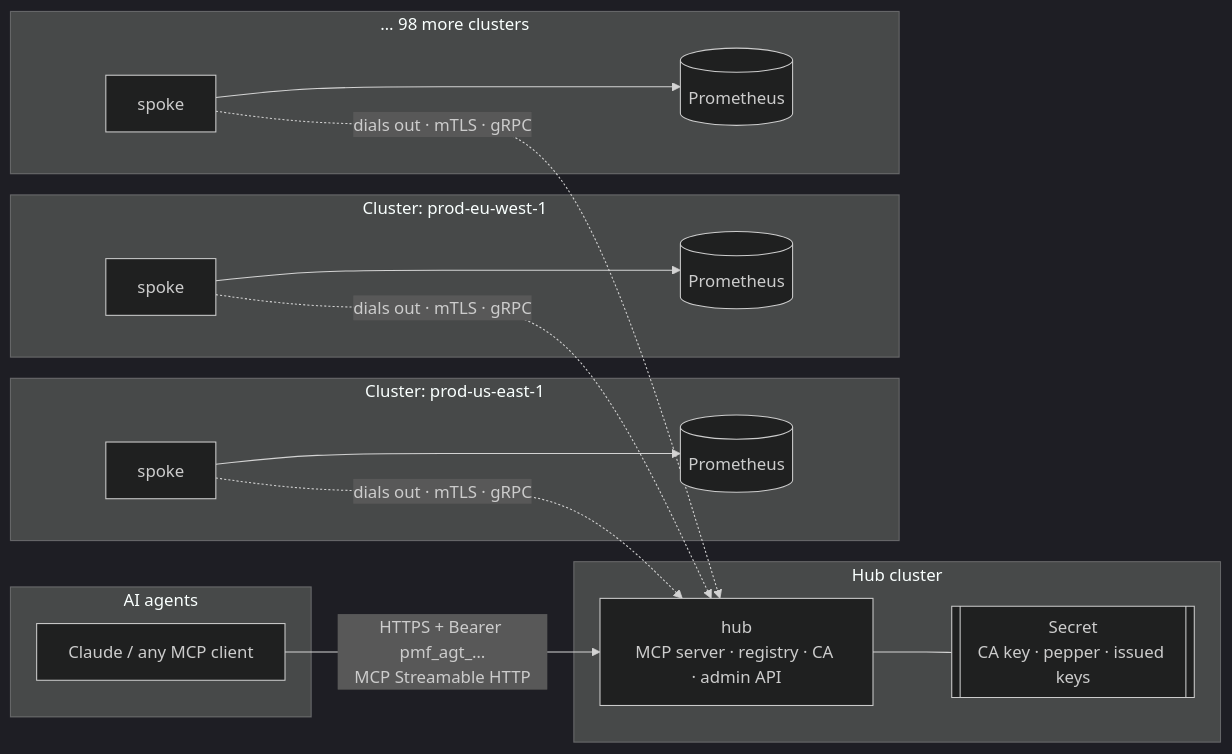
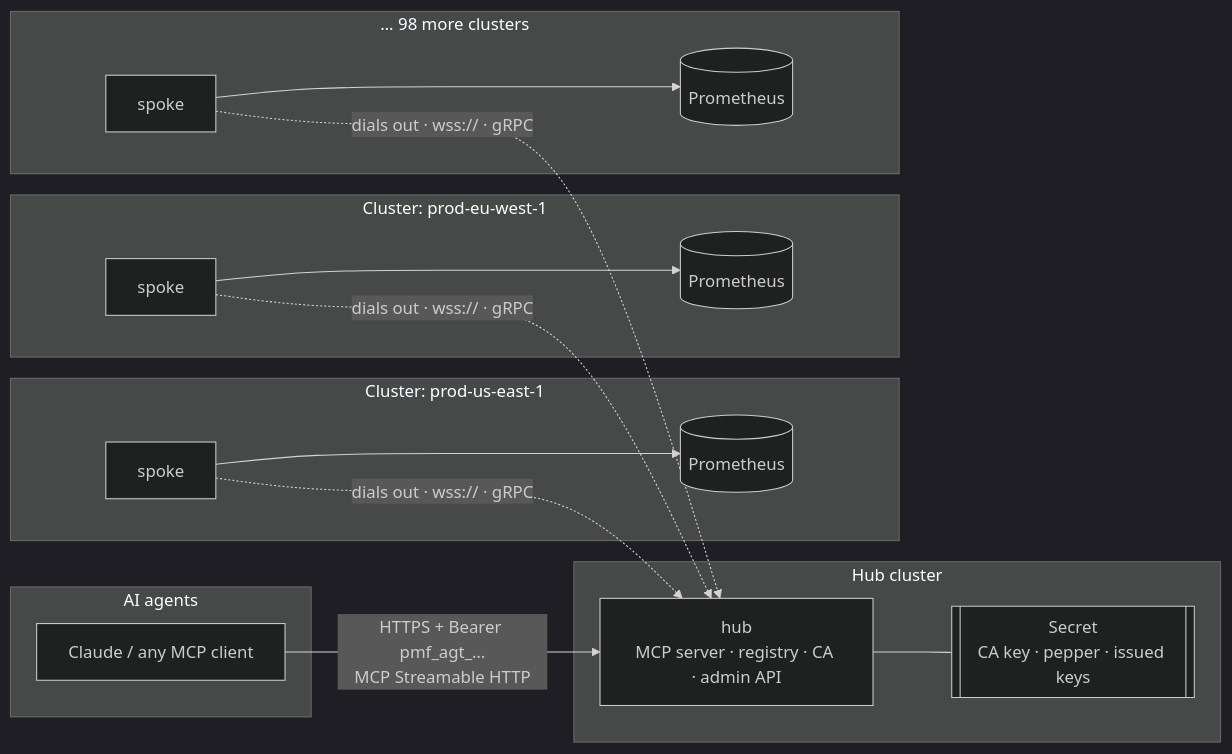
One commit to jacoknapp/prometheus-mcp-fleet changed the first of 2 diagrams in README.md. Above: the diagram before and after it, drawn with Mermaid (dark theme). The commit also changed other lines of this file and 91 other files, not shown here.

````diff
--- a/README.md
+++ b/README.md
@@ -69,27 +70,27 @@
 ```mermaid
 flowchart LR
     subgraph agents ["AI agents"]
         A1["Claude / any MCP client"]
     end
 
     subgraph hubns ["Hub cluster"]
         H["hub<br/>MCP server · registry · CA · admin API"]
         SEC[["Secret<br/>CA key · pepper · issued keys"]]
         H --- SEC
     end
 
     subgraph c1 ["Cluster: prod-us-east-1"]
         S1["spoke"] --> P1[("Prometheus")]
     end
     subgraph c2 ["Cluster: prod-eu-west-1"]
         S2["spoke"] --> P2[("Prometheus")]
     end
     subgraph cN ["… 98 more clusters"]
         SN["spoke"] --> PN[("Prometheus")]
     end
 
     A1 -->|"HTTPS + Bearer pmf_agt_…<br/>MCP Streamable HTTP"| H
-    S1 -.->|"dials out · mTLS · gRPC"| H
-    S2 -.->|"dials out · mTLS · gRPC"| H
-    SN -.->|"dials out · mTLS · gRPC"| H
+    S1 -.->|"dials out · wss:// · gRPC"| H
+    S2 -.->|"dials out · wss:// · gRPC"| H
+    SN -.->|"dials out · wss:// · gRPC"| H
 ```
````
